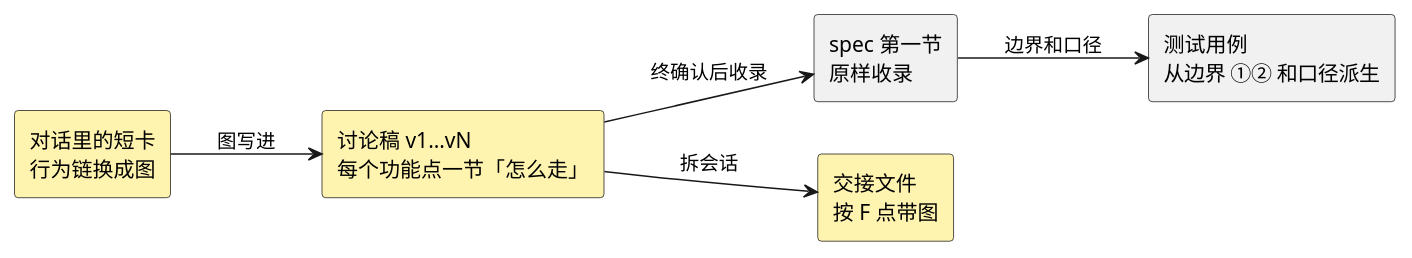
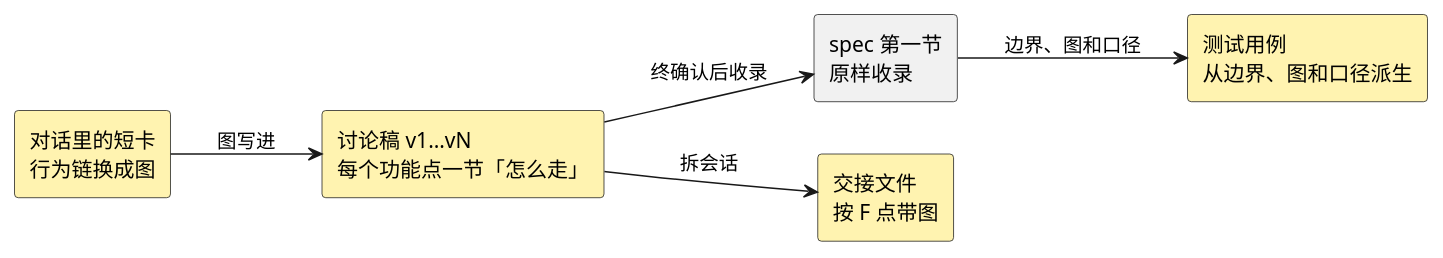
Before and after one commit to smdnkB/cgraphx: the seventh of 11 diagrams in docs/features/2026-10-31-流程中澄清环节的功能点展示模式探索/流程中澄清环节的功能点展示模式探索-spec.md, drawn with PlantUML. The commit also changed other lines of this file, not shown here.

First line of the commit message:
docs: 流程中澄清环节的功能点展示模式探索——spec 跟上审查修复

````diff
--- a/docs/features/2026-10-31-流程中澄清环节的功能点展示模式探索/流程中澄清环节的功能点展示模式探索-spec.md
+++ b/docs/features/2026-10-31-流程中澄清环节的功能点展示模式探索/流程中澄清环节的功能点展示模式探索-spec.md
@@ -370,26 +374,26 @@
 ```plantuml
 @startuml
 skinparam backgroundColor #FFFFFF
 skinparam rectangle {
   BackgroundColor #F1F1F1
   BorderColor #181818
   FontColor #000000
 }
 skinparam package {
   BackgroundColor #FFFFFF
   BorderColor #181818
   FontColor #000000
 }
 skinparam ArrowColor #181818
 left to right direction
 rectangle "对话里的短卡\n行为链换成图" as card #FFF3B0
 rectangle "讨论稿 v1…vN\n每个功能点一节「怎么走」" as draft #FFF3B0
 rectangle "spec 第一节\n原样收录" as spec
 rectangle "交接文件\n按 F 点带图" as handoff #FFF3B0
-rectangle "测试用例\n从边界 ①② 和口径派生" as tests
+rectangle "测试用例\n从边界、图和口径派生" as tests #FFF3B0
 card --> draft : 图写进
 draft --> spec : 终确认后收录
 draft --> handoff : 拆会话
-spec --> tests : 边界和口径
+spec --> tests : 边界、图和口径
 @enduml
 ```
````
